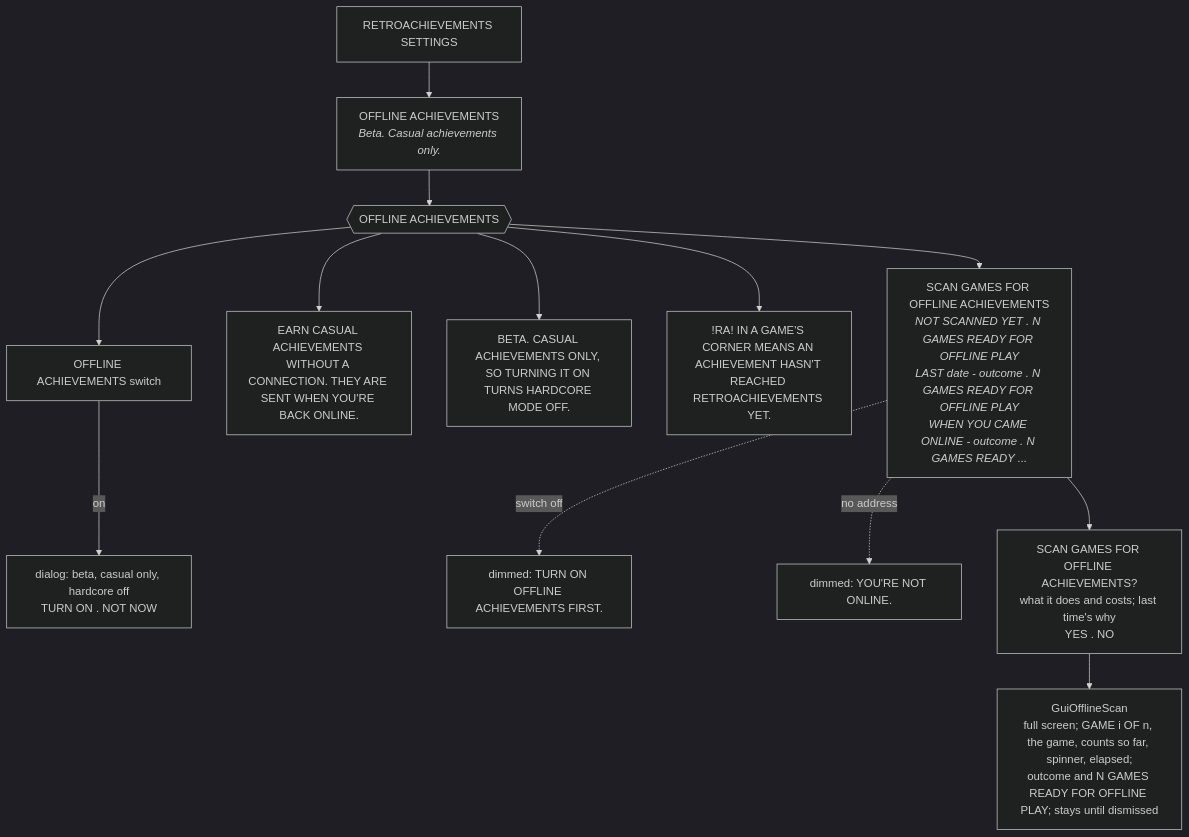
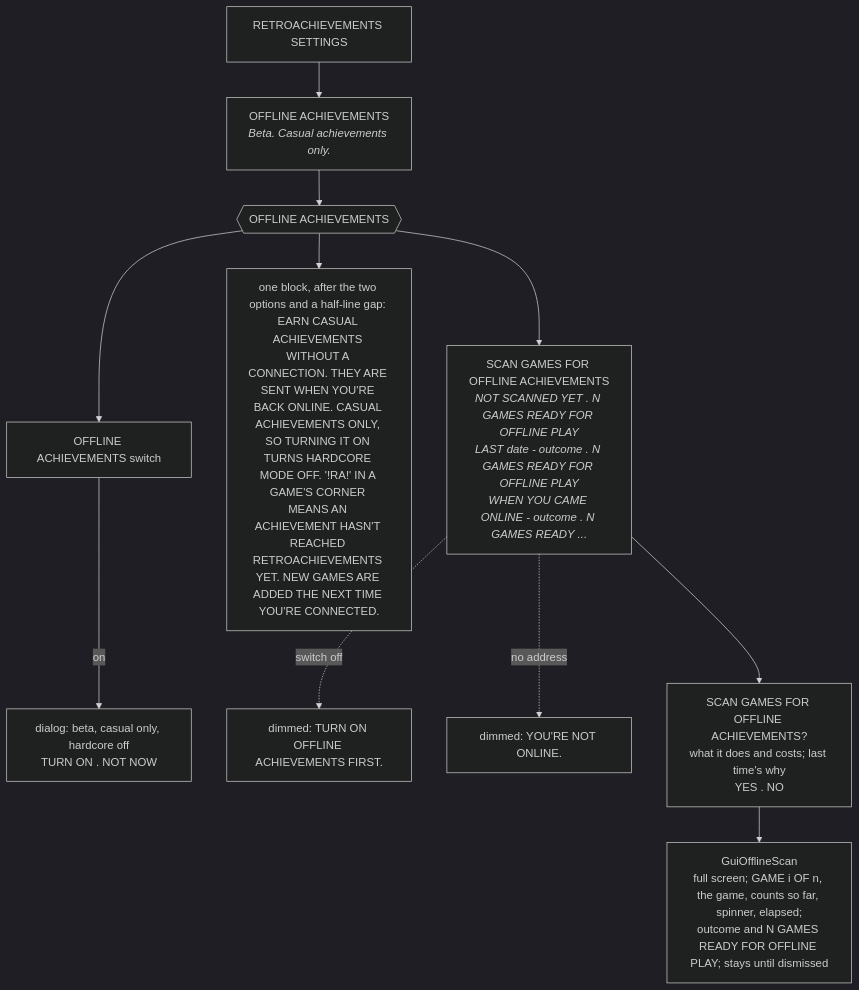
One commit to maxengel/rocknix changed the third of 3 diagrams in docs/es-menu-map.md. Above: the diagram before and after it, drawn with Mermaid (dark theme). The commit also changed other lines of this file and 1 other file, not shown here.

First line of the commit message:
docs: menu map and work log -- the offline cache follows the game index (D-RA-013)

````diff
--- a/docs/es-menu-map.md
+++ b/docs/es-menu-map.md
@@ -149,14 +149,12 @@
 ```mermaid
 flowchart TD
     RAS[RETROACHIEVEMENTS SETTINGS] --> OA[OFFLINE ACHIEVEMENTS<br/><i>Beta. Casual achievements only.</i>]
     OA --> PAGE{{OFFLINE ACHIEVEMENTS}}
     PAGE --> SW[OFFLINE ACHIEVEMENTS switch] -->|on| TURNON[dialog: beta, casual only, hardcore off<br/>TURN ON . NOT NOW]
-    PAGE --> I1[EARN CASUAL ACHIEVEMENTS WITHOUT A CONNECTION. THEY ARE SENT WHEN YOU'RE BACK ONLINE.]
-    PAGE --> I2[BETA. CASUAL ACHIEVEMENTS ONLY, SO TURNING IT ON TURNS HARDCORE MODE OFF.]
-    PAGE --> I3[!RA! IN A GAME'S CORNER MEANS AN ACHIEVEMENT HASN'T REACHED RETROACHIEVEMENTS YET.]
+    PAGE --> I1[one block, after the two options and a half-line gap: EARN CASUAL ACHIEVEMENTS WITHOUT A CONNECTION. THEY ARE SENT WHEN YOU'RE BACK ONLINE. CASUAL ACHIEVEMENTS ONLY, SO TURNING IT ON TURNS HARDCORE MODE OFF. '!RA!' IN A GAME'S CORNER MEANS AN ACHIEVEMENT HASN'T REACHED RETROACHIEVEMENTS YET. NEW GAMES ARE ADDED THE NEXT TIME YOU'RE CONNECTED.]
     PAGE --> SCAN[SCAN GAMES FOR OFFLINE ACHIEVEMENTS<br/><i>NOT SCANNED YET . N GAMES READY FOR OFFLINE PLAY</i><br/><i>LAST date - outcome . N GAMES READY FOR OFFLINE PLAY</i><br/><i>WHEN YOU CAME ONLINE - outcome . N GAMES READY ...</i>]
     SCAN -.->|switch off| DIM1[dimmed: TURN ON OFFLINE ACHIEVEMENTS FIRST.]
     SCAN -.->|no address| DIM2[dimmed: YOU'RE NOT ONLINE.]
     SCAN --> CONFIRM[SCAN GAMES FOR OFFLINE ACHIEVEMENTS?<br/>what it does and costs; last time's why<br/>YES . NO]
     CONFIRM --> XFER[GuiOfflineScan<br/>full screen; GAME i OF n, the game, counts so far, spinner, elapsed;<br/>outcome and N GAMES READY FOR OFFLINE PLAY; stays until dismissed]
 ```
````
